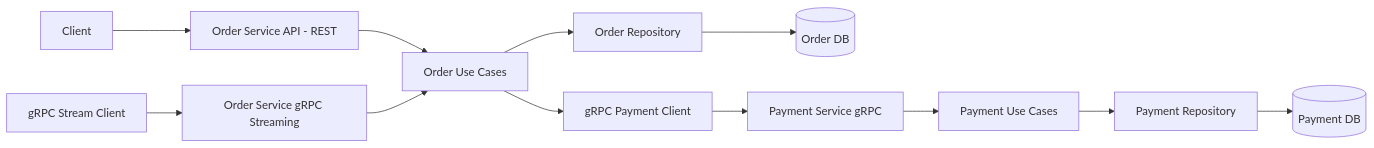
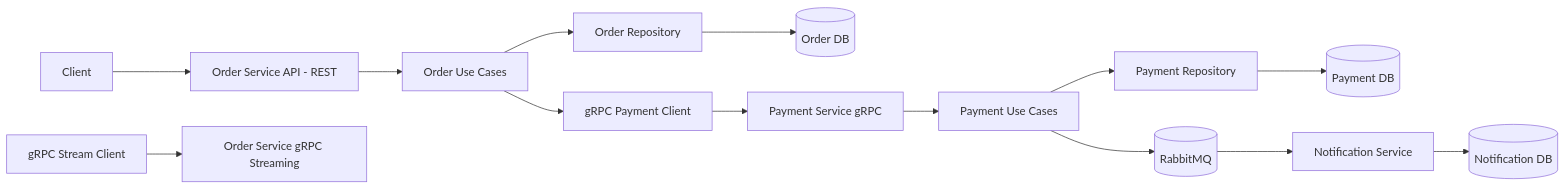
One commit to 1013akbar/Adance-programing changed the first of 2 diagrams in README.md. Above: the diagram before and after it, drawn with Mermaid. The commit also changed other lines of this file and 18 other files, not shown here.

Commit message:
Fix notification service: Use HTTP publisher directly for payment notifications

````diff
--- a/README.md
+++ b/README.md
@@ -21,16 +47,19 @@
 ```mermaid
 flowchart LR
     Client --> OrderAPI[Order Service API - REST]
     OrderAPI --> OrderUC[Order Use Cases]
     OrderUC --> OrderRepo[Order Repository]
     OrderRepo --> OrderDB[(Order DB)]
 
     OrderUC --> PaymentClient[gRPC Payment Client]
     PaymentClient --> PaymentGRPC[Payment Service gRPC]
     PaymentGRPC --> PaymentUC[Payment Use Cases]
     PaymentUC --> PaymentRepo[Payment Repository]
     PaymentRepo --> PaymentDB[(Payment DB)]
 
+    PaymentUC --> RabbitMQ[(RabbitMQ)]
+    RabbitMQ --> NotificationService[Notification Service]
+    NotificationService --> NotificationDB[(Notification DB)]
+
     StreamClient[gRPC Stream Client] --> OrderGRPC[Order Service gRPC Streaming]
-    OrderGRPC --> OrderUC
 ```
````
